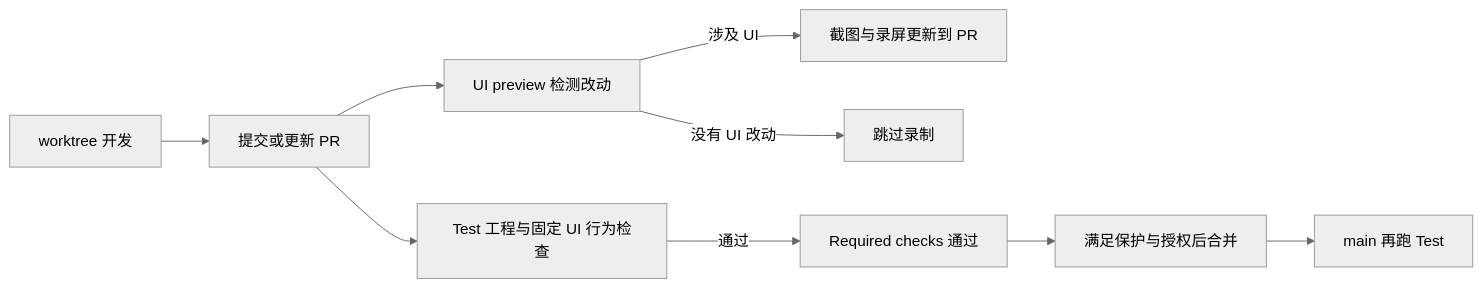
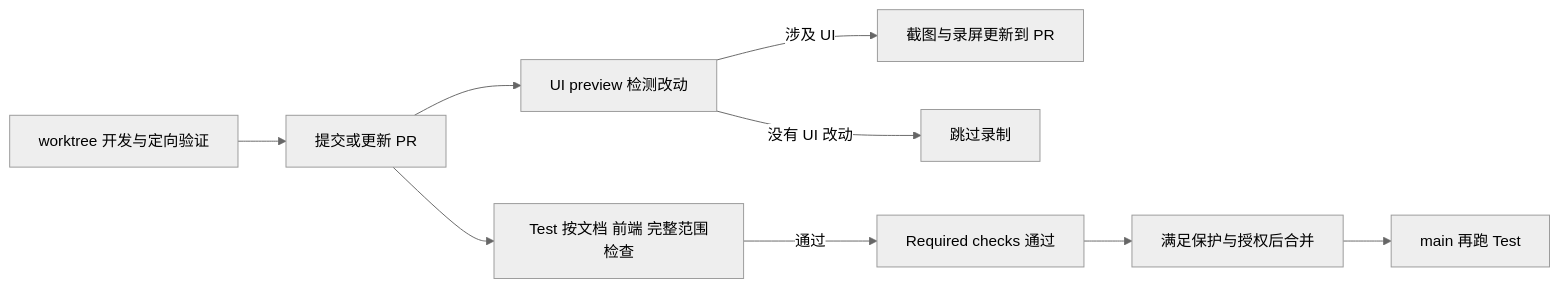
The diagram in UI_TEST_CI.md (6owen/boai-agent), drawn with Mermaid (neutral theme) before and after one commit. The commit also changed other lines of this file and 20 other files, not shown here.

````diff
--- a/UI_TEST_CI.md
+++ b/UI_TEST_CI.md
@@ -44,11 +75,11 @@
 ```mermaid
 flowchart LR
-  A[worktree 开发] --> B[提交或更新 PR]
-  B --> C[Test 工程与固定 UI 行为检查]
+  A[worktree 开发与定向验证] --> B[提交或更新 PR]
+  B --> C[Test 按文档 前端 完整范围检查]
   B --> D[UI preview 检测改动]
   D -->|涉及 UI| E[截图与录屏更新到 PR]
   D -->|没有 UI 改动| F[跳过录制]
   C -->|通过| G[Required checks 通过]
   G --> H[满足保护与授权后合并]
   H --> I[main 再跑 Test]
 ```
````
